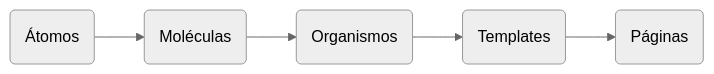
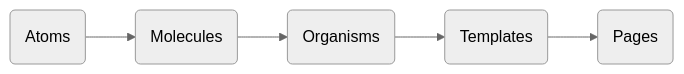
Before and after one commit to GabrielGalatti/i9-site: the diagram in README.md, drawn with Mermaid (neutral theme). The commit also changed other lines of this file, not shown here.

````diff
--- a/README.md
+++ b/README.md
@@ -37,4 +37,4 @@
 ```mermaid 
 flowchart LR
-id1(Átomos) --> id2(Moléculas) --> id3(Organismos) --> id4(Templates) --> id5(Páginas)
+id1(Atoms) --> id2(Molecules) --> id3(Organisms) --> id4(Templates) --> id5(Pages)
  ```
````
